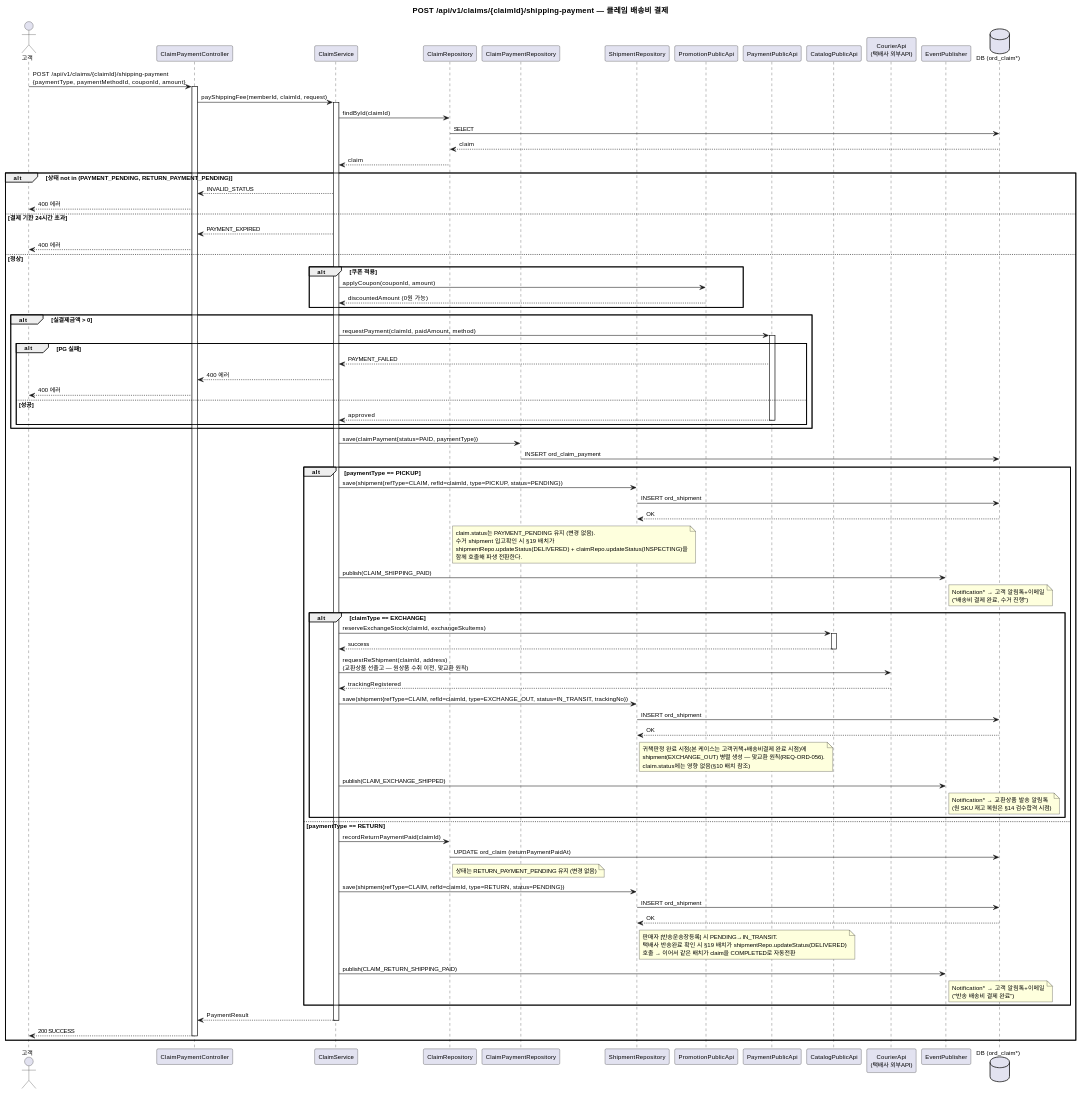
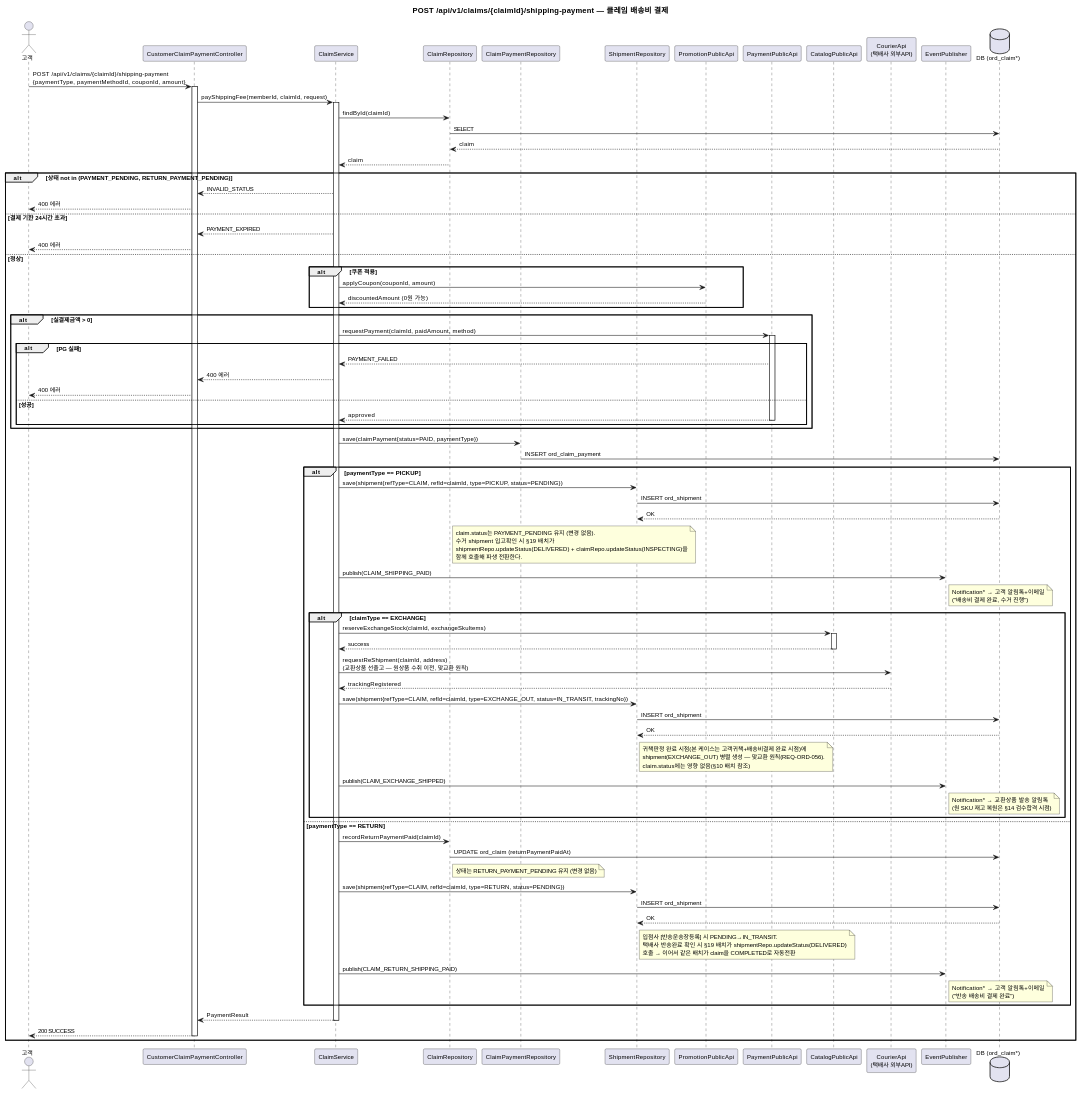
One commit to parknahyun/runNShop changed diagram 15 of 26 in docs/자산화-단계별/S3-상세설계/DM-시퀀스(Order-Payment).md. Above: the diagram before and after it, drawn with PlantUML. The commit also changed other lines of this file and 2 other files, not shown here.

```diff
--- a/docs/자산화-단계별/S3-상세설계/DM-시퀀스(Order-Payment).md
+++ b/docs/자산화-단계별/S3-상세설계/DM-시퀀스(Order-Payment).md
@@ -761,7 +791,7 @@
 title POST /api/v1/claims/{claimId}/shipping-payment — 클레임 배송비 결제
 
 actor 고객 as Client
-participant "ClaimPaymentController" as CPC
+participant "CustomerClaimPaymentController" as CPC
 participant "ClaimService" as CS
 participant "ClaimRepository" as CR
 participant "ClaimPaymentRepository" as CPR
@@ -847,7 +877,7 @@
     CS -> SR : save(shipment{refType=CLAIM, refId=claimId, type=RETURN, status=PENDING})
     SR -> DB : INSERT ord_shipment
     DB --> SR : OK
-    note right of SR: 판매자 [반송운송장등록] 시 PENDING→IN_TRANSIT.\n택배사 반송완료 확인 시 §19 배치가 shipmentRepo.updateStatus(DELIVERED)\n호출 → 이어서 같은 배치가 claim을 COMPLETED로 자동전환
+    note right of SR: 입점사 [반송운송장등록] 시 PENDING→IN_TRANSIT.\n택배사 반송완료 확인 시 §19 배치가 shipmentRepo.updateStatus(DELIVERED)\n호출 → 이어서 같은 배치가 claim을 COMPLETED로 자동전환
 
     CS -> EP : publish(CLAIM_RETURN_SHIPPING_PAID)
     note right of EP: Notification* → 고객 알림톡+이메일\n("반송 배송비 결제 완료")
```
